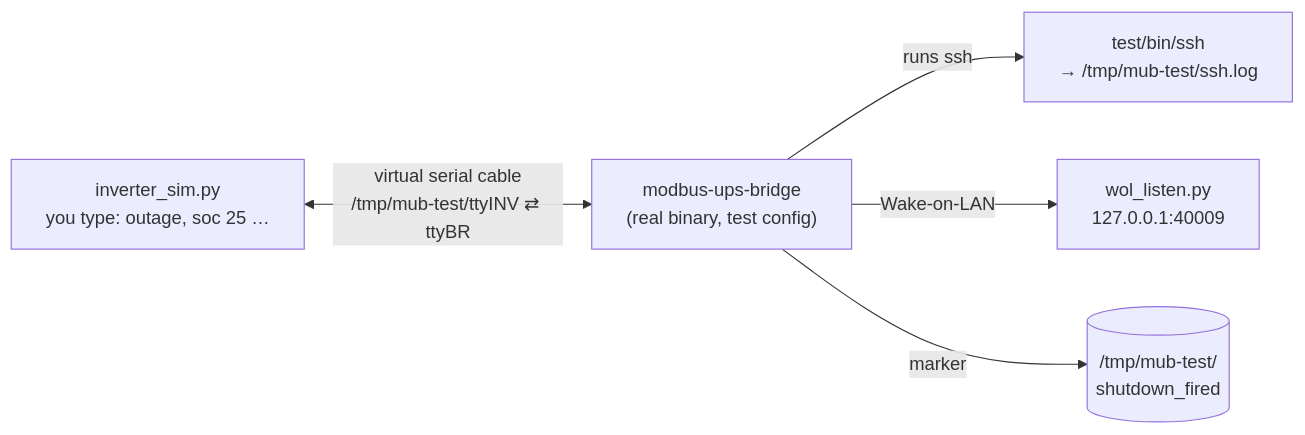
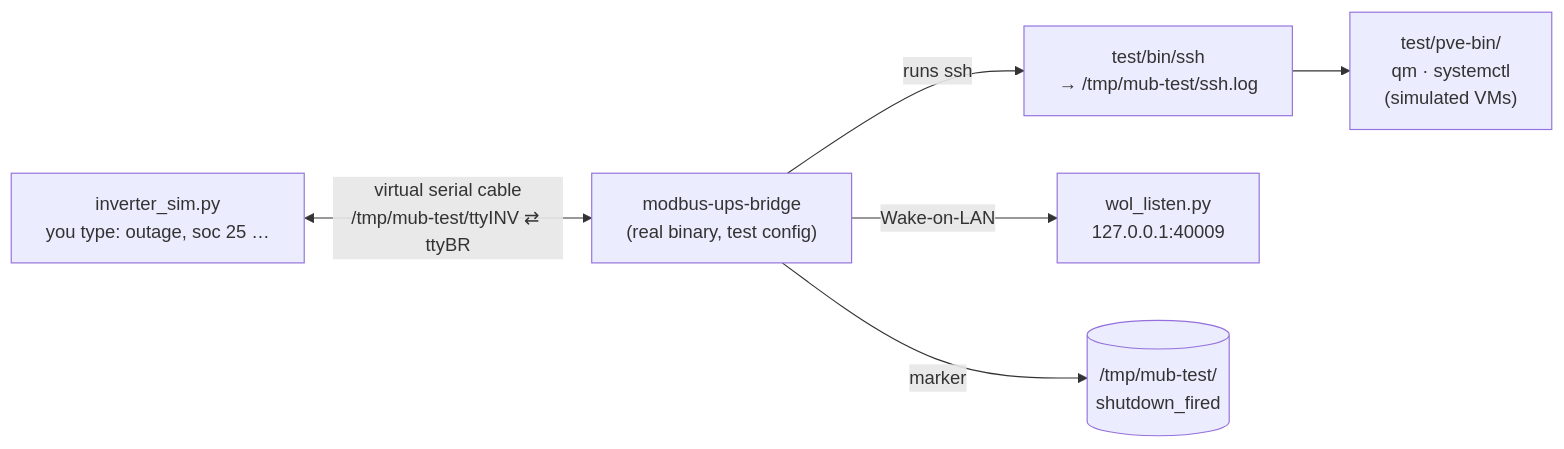
One commit to dimon757/modbus-ups-nut changed the diagram in TESTING.md. Above: the diagram before and after it, drawn with Mermaid. The commit also changed other lines of this file and 9 other files, not shown here.

````diff
--- a/TESTING.md
+++ b/TESTING.md
@@ -253,7 +257,8 @@
 ```mermaid
 flowchart LR
     sim["inverter_sim.py<br/>you type: outage, soc 25 …"] <-- "virtual serial cable<br/>/tmp/mub-test/ttyINV ⇄ ttyBR" --> bridge["modbus-ups-bridge<br/>(real binary, test config)"]
     bridge -- "runs ssh" --> fake["test/bin/ssh<br/>→ /tmp/mub-test/ssh.log"]
+    fake --> pve_sim["test/pve-bin/<br/>qm · systemctl<br/>(simulated VMs)"]
     bridge -- "Wake-on-LAN" --> wol["wol_listen.py<br/>127.0.0.1:40009"]
     bridge -- "marker" --> marker[("/tmp/mub-test/<br/>shutdown_fired")]
 ```
````
